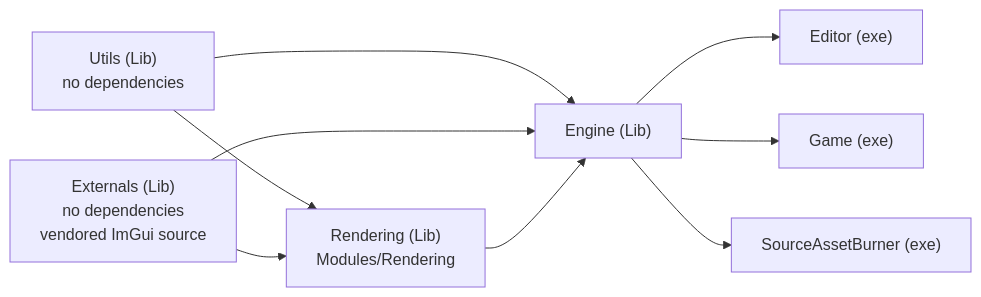
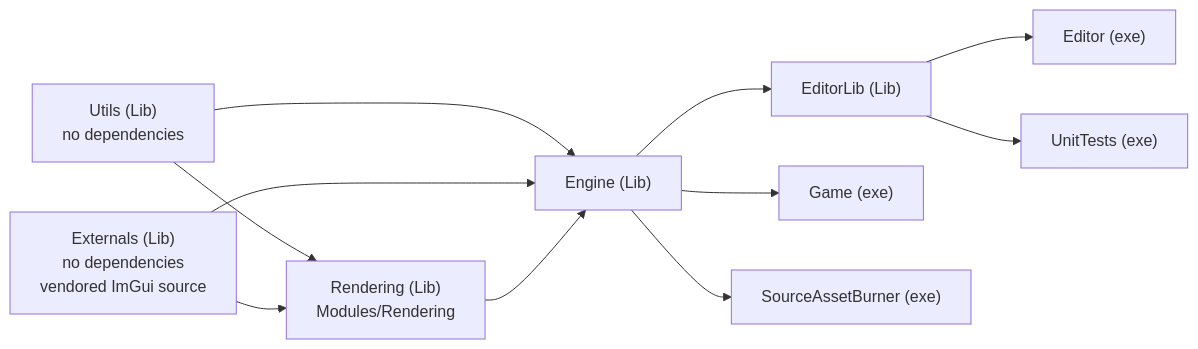
One commit to b1nary0/RZE changed the diagram in Docs/Generated/Engine/02-Architecture/Module-Dependency-Graph.md. Above: the diagram before and after it, drawn with Mermaid. The commit also changed other lines of this file and 19 other files, not shown here.

````diff
--- a/Docs/Generated/Engine/02-Architecture/Module-Dependency-Graph.md
+++ b/Docs/Generated/Engine/02-Architecture/Module-Dependency-Graph.md
@@ -7,20 +7,24 @@
 ```mermaid
 %%{init: {'flowchart': {'subGraphTitleMargin': {'top': 6, 'bottom': 10}}, 'themeCSS': '.labelBkg, .edgeLabel { background-color: var(--background-primary) !important; } .messageText, .labelText, .loopText { paint-order: stroke; stroke: var(--background-primary); stroke-width: 5px; stroke-linejoin: round; }'}}%%
 graph LR
     Utils["Utils (Lib)<br/>no dependencies"]
     Externals["Externals (Lib)<br/>no dependencies<br/>vendored ImGui source"]
     Rendering["Rendering (Lib)<br/>Modules/Rendering"]
     Engine["Engine (Lib)"]
+    EditorLib["EditorLib (Lib)"]
     Editor["Editor (exe)"]
+    Tests["UnitTests (exe)"]
     Game["Game (exe)"]
     SAB["SourceAssetBurner (exe)"]
 
     Utils --> Rendering
     Externals --> Rendering
     Utils --> Engine
     Externals --> Engine
     Rendering --> Engine
-    Engine --> Editor
+    Engine --> EditorLib
+    EditorLib --> Editor
+    EditorLib --> Tests
     Engine --> Game
     Engine --> SAB
 ```
````
